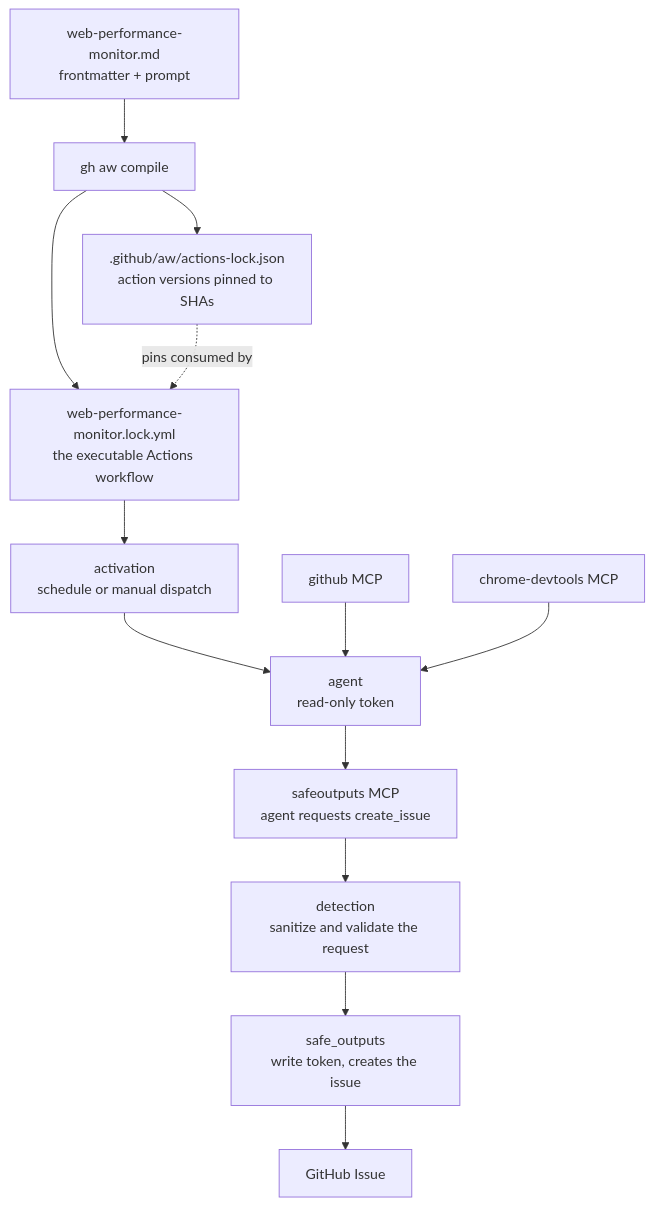
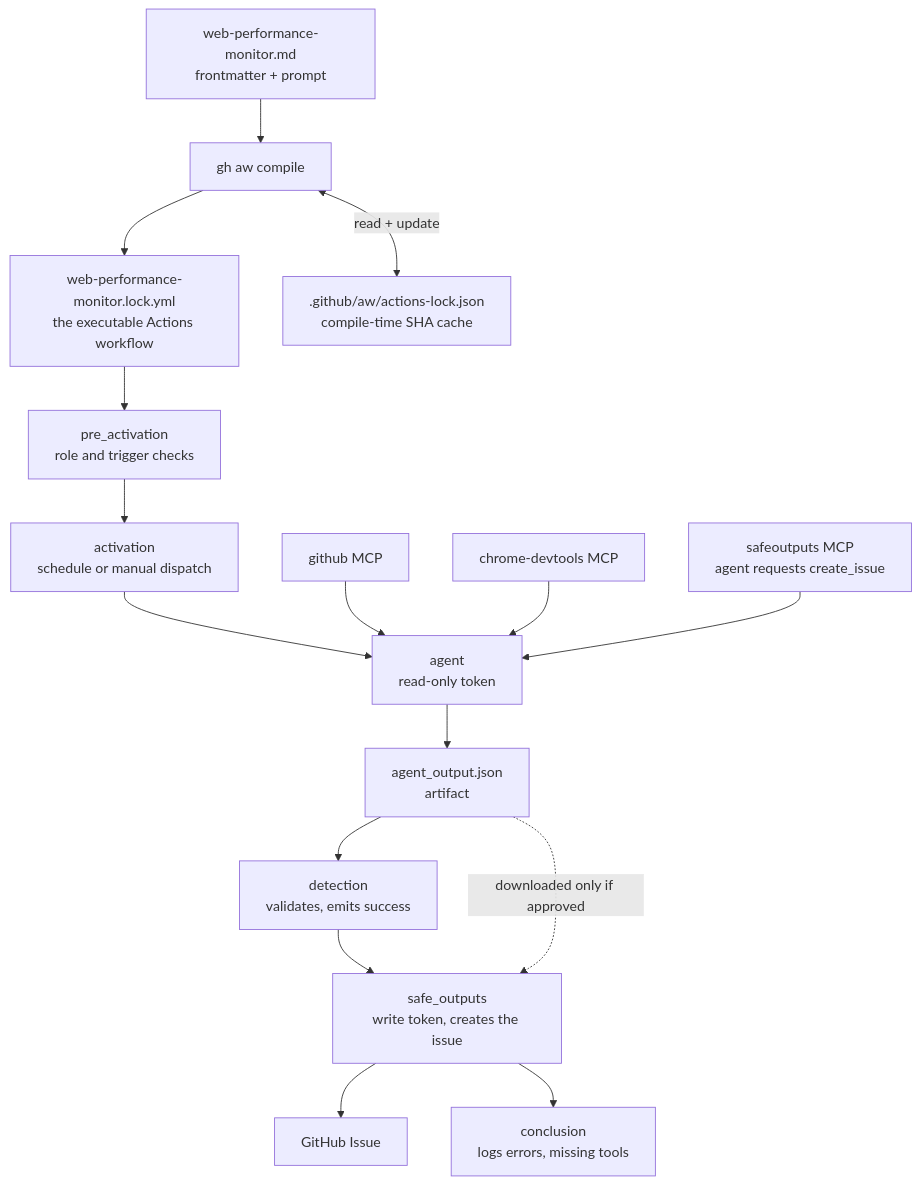
The diagram in demos/05-cli-sdk/01-cli/04-agentic-wf/readme.md (alexander-kastil/agentic-sw-engineering), drawn with Mermaid before and after one commit. The commit also changed other lines of this file and 81 other files, not shown here.

````diff
--- a/demos/05-cli-sdk/01-cli/04-agentic-wf/readme.md
+++ b/demos/05-cli-sdk/01-cli/04-agentic-wf/readme.md
@@ -25,23 +27,26 @@
 ```mermaid
 flowchart TD
     MD["web-performance-monitor.md<br/>frontmatter + prompt"]
     COMPILE["gh aw compile"]
     LOCK["web-performance-monitor.lock.yml<br/>the executable Actions workflow"]
-    PINS[".github/aw/actions-lock.json<br/>action versions pinned to SHAs"]
+    PINS[".github/aw/actions-lock.json<br/>compile-time SHA cache"]
 
     MD --> COMPILE
     COMPILE --> LOCK
-    COMPILE --> PINS
-    PINS -.->|"pins consumed by"| LOCK
+    COMPILE <-->|"read + update"| PINS
 
-    LOCK --> ACT["activation<br/>schedule or manual dispatch"]
+    LOCK --> PRE["pre_activation<br/>role and trigger checks"]
+    PRE --> ACT["activation<br/>schedule or manual dispatch"]
     ACT --> AGENT["agent<br/>read-only token"]
 
     GH["github MCP"] --> AGENT
     CDT["chrome-devtools MCP"] --> AGENT
-    AGENT --> SO["safeoutputs MCP<br/>agent requests create_issue"]
+    SO["safeoutputs MCP<br/>agent requests create_issue"] --> AGENT
+    AGENT --> ART["agent_output.json<br/>artifact"]
 
-    SO --> DET["detection<br/>sanitize and validate the request"]
+    ART --> DET["detection<br/>validates, emits success"]
     DET --> WRITE["safe_outputs<br/>write token, creates the issue"]
+    ART -.->|"downloaded only if approved"| WRITE
     WRITE --> ISSUE["GitHub Issue"]
+    WRITE --> CONC["conclusion<br/>logs errors, missing tools"]
 ```
````
